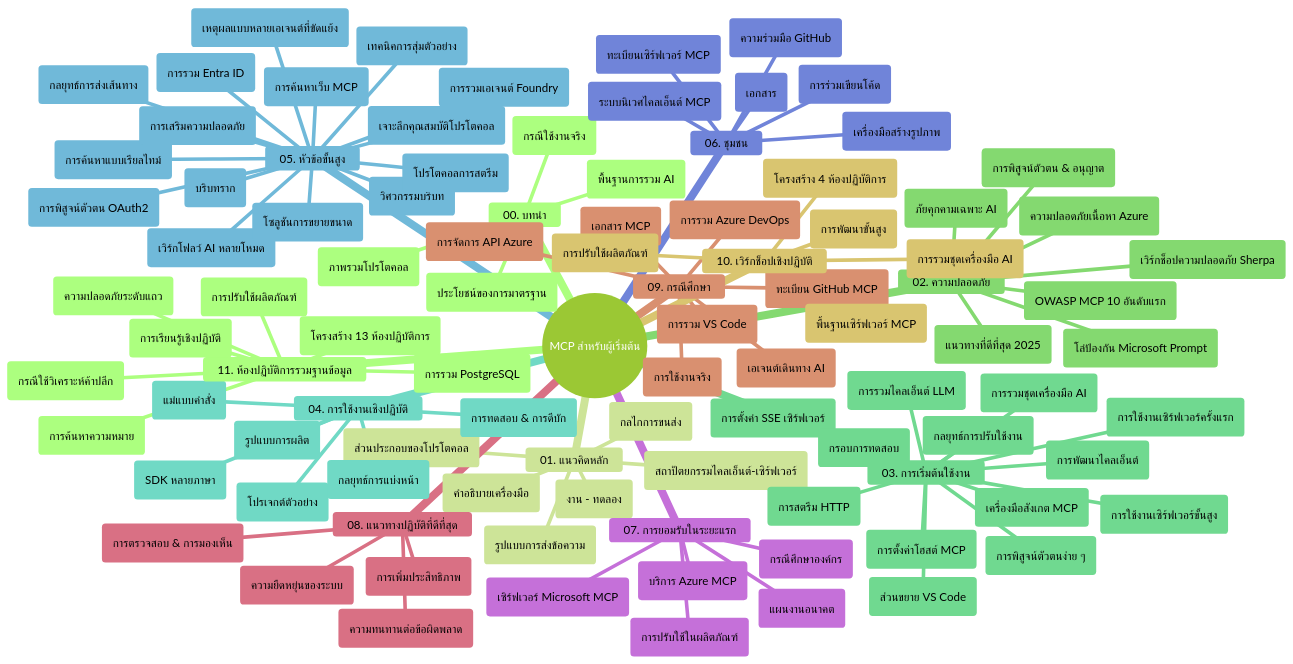
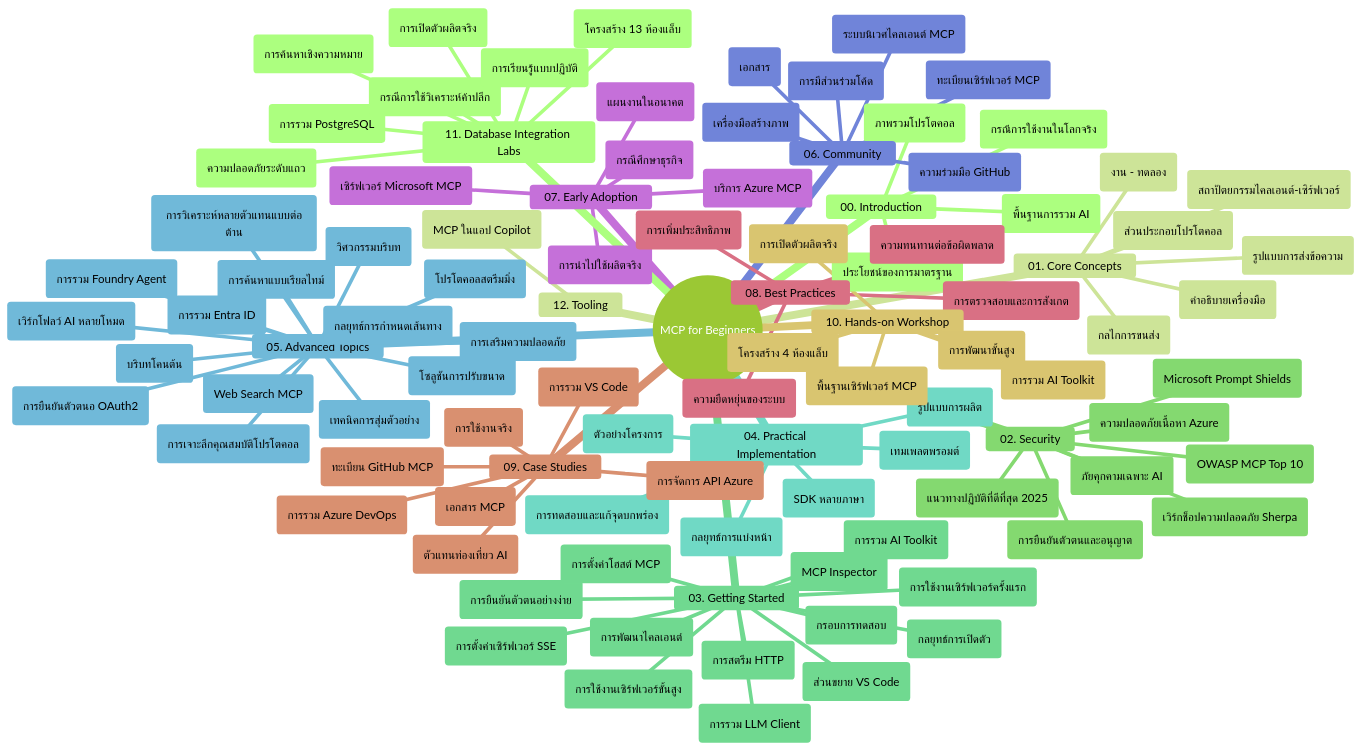
One commit to HIDORAKAI002/ai-workspace-archive changed the diagram in mcp_ecosystem__model_context_protocol/mcp_learning_resources/mcp-for-beginners/translations/th/study_guide.md. Above: the diagram before and after it, drawn with Mermaid (forest theme). The commit also changed other lines of this file and 989 other files, not shown here.

Commit message:
chore(sync): Update microsoft/mcp-for-beginners

````diff
--- a/mcp_ecosystem__model_context_protocol/mcp_learning_resources/mcp-for-beginners/translations/th/study_guide.md
+++ b/mcp_ecosystem__model_context_protocol/mcp_learning_resources/mcp-for-beginners/translations/th/study_guide.md
@@ -11,114 +11,117 @@
 ```mermaid
 mindmap
-  root((MCP สำหรับผู้เริ่มต้น))
-    00. บทนำ
+  root((MCP for Beginners))
+    00. Introduction
       ::icon(fa fa-book)
       (ภาพรวมโปรโตคอล)
       (ประโยชน์ของการมาตรฐาน)
-      (กรณีใช้งานจริง)
+      (กรณีการใช้งานในโลกจริง)
       (พื้นฐานการรวม AI)
-    01. แนวคิดหลัก
+    01. Core Concepts
       ::icon(fa fa-puzzle-piece)
-      (สถาปัตยกรรมไคลเอ็นต์-เซิร์ฟเวอร์)
-      (ส่วนประกอบของโปรโตคอล)
+      (สถาปัตยกรรมไคลเอนต์-เซิร์ฟเวอร์)
+      (ส่วนประกอบโปรโตคอล)
       (รูปแบบการส่งข้อความ)
       (กลไกการขนส่ง)
       (งาน - ทดลอง)
       (คำอธิบายเครื่องมือ)
-    02. ความปลอดภัย
+    02. Security
       ::icon(fa fa-shield)
       (ภัยคุกคามเฉพาะ AI)
-      (แนวทางที่ดีที่สุด 2025)
+      (แนวทางปฏิบัติที่ดีที่สุด 2025)
       (ความปลอดภัยเนื้อหา Azure)
-      (การพิสูจน์ตัวตน & อนุญาต)
-      (โล่ป้องกัน Microsoft Prompt)
-      (OWASP MCP 10 อันดับแรก)
+      (การยืนยันตัวตนและอนุญาต)
+      (Microsoft Prompt Shields)
+      (OWASP MCP Top 10)
       (เวิร์กช็อปความปลอดภัย Sherpa)
-    03. การเริ่มต้นใช้งาน
+    03. Getting Started
       ::icon(fa fa-rocket)
       (การใช้งานเซิร์ฟเวอร์ครั้งแรก)
-      (การพัฒนาไคลเอ็นต์)
-      (การรวมไคลเอ็นต์ LLM)
+      (การพัฒนาไคลเอนต์)
+      (การรวม LLM Client)
       (ส่วนขยาย VS Code)
-      (การตั้งค่า SSE เซิร์ฟเวอร์)
+      (การตั้งค่าเซิร์ฟเวอร์ SSE)
       (การสตรีม HTTP)
-      (การรวมชุดเครื่องมือ AI)
+      (การรวม AI Toolkit)
       (กรอบการทดสอบ)
       (การใช้งานเซิร์ฟเวอร์ขั้นสูง)
-      (การพิสูจน์ตัวตนง่าย ๆ)
-      (กลยุทธ์การปรับใช้งาน)
+      (การยืนยันตัวตนอย่างง่าย)
+      (กลยุทธ์การเปิดตัว)
       (การตั้งค่าโฮสต์ MCP)
-      (เครื่องมือสังเกต MCP)
-    04. การใช้งานเชิงปฏิบัติ
+      (MCP Inspector)
+    04. Practical Implementation
       ::icon(fa fa-code)
       (SDK หลายภาษา)
-      (การทดสอบ & การดีบัก)
-      (แม่แบบคำสั่ง)
-      (โปรเจกต์ตัวอย่าง)
+      (การทดสอบและแก้จุดบกพร่อง)
+      (เทมเพลตพรอมต์)
+      (ตัวอย่างโครงการ)
       (รูปแบบการผลิต)
       (กลยุทธ์การแบ่งหน้า)
-    05. หัวข้อขั้นสูง
+    05. Advanced Topics
       ::icon(fa fa-graduation-cap)
       (วิศวกรรมบริบท)
-      (การรวมเอเจนต์ Foundry)
+      (การรวม Foundry Agent)
       (เวิร์กโฟลว์ AI หลายโหมด)
-      (การพิสูจน์ตัวตน OAuth2)
+      (การยืนยันตัวตนอ OAuth2)
       (การค้นหาแบบเรียลไทม์)
-      (โปรโตคอลการสตรีม)
-      (บริบทราก)
-      (กลยุทธ์การส่งเส้นทาง)
+      (โปรโตคอลสตรีมมิ่ง)
+      (บริบทโคนต้น)
+      (กลยุทธ์การกำหนดเส้นทาง)
       (เทคนิคการสุ่มตัวอย่าง)
-      (โซลูชันการขยายขนาด)
+      (โซลูชันการปรับขนาด)
       (การเสริมความปลอดภัย)
       (การรวม Entra ID)
-      (การค้นหาเว็บ MCP)
-      (เจาะลึกคุณสมบัติโปรโตคอล)
-      (เหตุผลแบบหลายเอเจนต์ที่ขัดแย้ง)
+      (Web Search MCP)
+      (การเจาะลึกคุณสมบัติโปรโตคอล)
+      (การวิเคราะห์หลายตัวแทนแบบต่อต้าน)
       
-    06. ชุมชน
+    06. Community
       ::icon(fa fa-users)
-      (การร่วมเขียนโค้ด)
+      (การมีส่วนร่วมโค้ด)
       (เอกสาร)
-      (ระบบนิเวศไคลเอ็นต์ MCP)
+      (ระบบนิเวศไคลเอนต์ MCP)
       (ทะเบียนเซิร์ฟเวอร์ MCP)
-      (เครื่องมือสร้างรูปภาพ)
+      (เครื่องมือสร้างภาพ)
       (ความร่วมมือ GitHub)
-    07. การยอมรับในระยะแรก
+    07. Early Adoption
       ::icon(fa fa-lightbulb)
-      (การปรับใช้ในผลิตภัณฑ์)
+      (การนำไปใช้ผลิตจริง)
       (เซิร์ฟเวอร์ Microsoft MCP)
       (บริการ Azure MCP)
-      (กรณีศึกษาองค์กร)
-      (แผนงานอนาคต)
-    08. แนวทางปฏิบัติที่ดีที่สุด
+      (กรณีศึกษาธุรกิจ)
+      (แผนงานในอนาคต)
+    08. Best Practices
       ::icon(fa fa-check)
       (การเพิ่มประสิทธิภาพ)
       (ความทนทานต่อข้อผิดพลาด)
       (ความยืดหยุ่นของระบบ)
-      (การตรวจสอบ & การมองเห็น)
-    09. กรณีศึกษา
+      (การตรวจสอบและการสังเกต)
+    09. Case Studies
       ::icon(fa fa-file-text)
       (การจัดการ API Azure)
-      (เอเจนต์เดินทาง AI)
+      (ตัวแทนท่องเที่ยว AI)
       (การรวม Azure DevOps)
       (เอกสาร MCP)
       (ทะเบียน GitHub MCP)
       (การรวม VS Code)
       (การใช้งานจริง)
-    10. เวิร์กช็อปเชิงปฏิบัติ
+    10. Hands-on Workshop
       ::icon(fa fa-laptop)
       (พื้นฐานเซิร์ฟเวอร์ MCP)
       (การพัฒนาขั้นสูง)
-      (การรวมชุดเครื่องมือ AI)
-      (การปรับใช้ผลิตภัณฑ์)
-      (โครงสร้าง 4 ห้องปฏิบัติการ)
-    11. ห้องปฏิบัติการรวมฐานข้อมูล
+      (การรวม AI Toolkit)
+      (การเปิดตัวผลิตจริง)
+      (โครงสร้าง 4 ห้องแล็บ)
+    11. Database Integration Labs
       ::icon(fa fa-database)
       (การรวม PostgreSQL)
-      (กรณีใช้วิเคราะห์ค้าปลีก)
+      (กรณีการใช้วิเคราะห์ค้าปลีก)
       (ความปลอดภัยระดับแถว)
-      (การค้นหาความหมาย)
-      (การปรับใช้ผลิตภัณฑ์)
-      (โครงสร้าง 13 ห้องปฏิบัติการ)
-      (การเรียนรู้เชิงปฏิบัติ)
+      (การค้นหาเชิงความหมาย)
+      (การเปิดตัวผลิตจริง)
+      (โครงสร้าง 13 ห้องแล็บ)
+      (การเรียนรู้แบบปฏิบัติ)
+    12. Tooling
+      ::icon(fa fa-wrench)
+      (MCP ในแอป Copilot)
 ```
````
